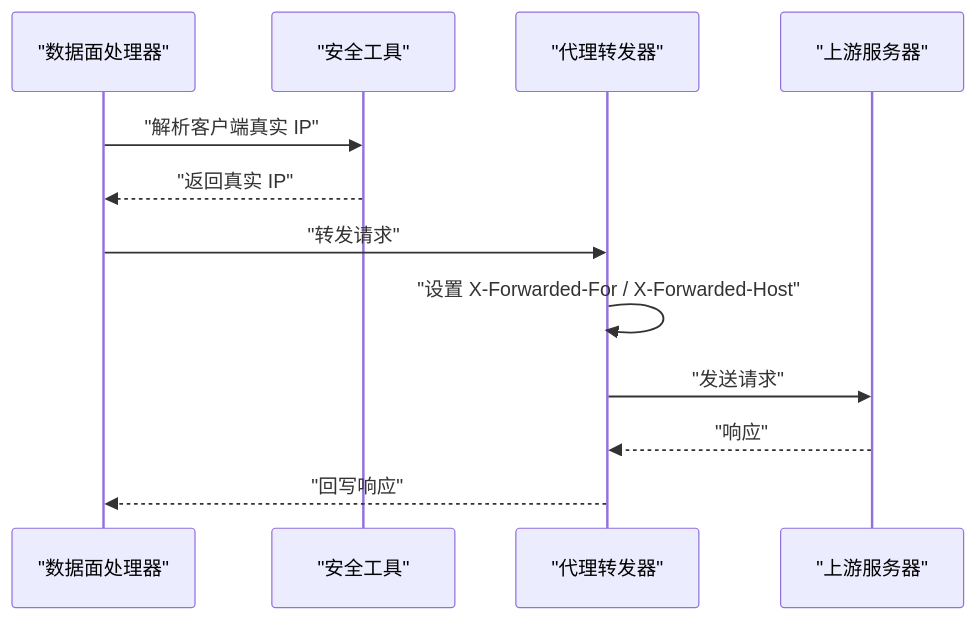
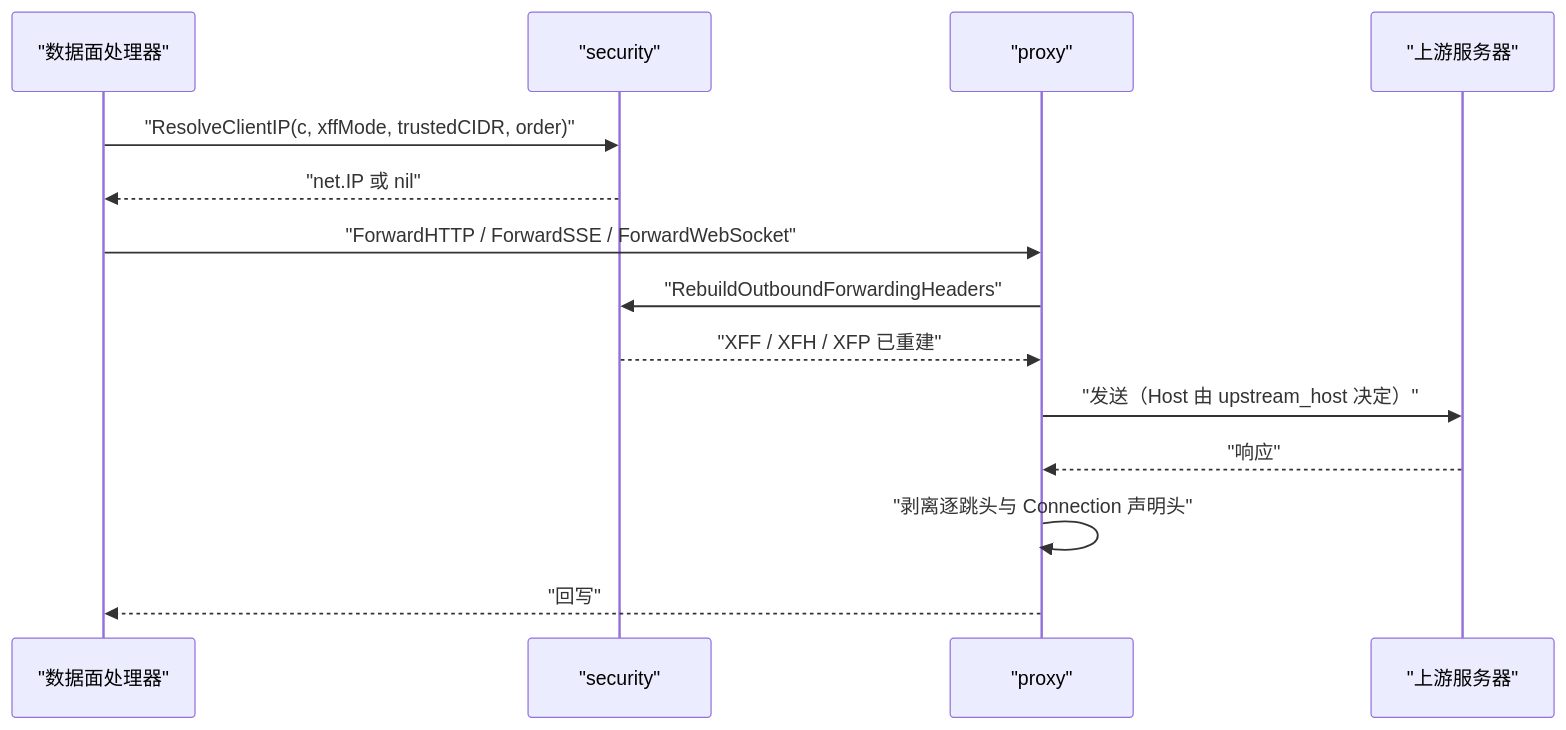
One commit to x01n/My-OpenWaf changed the fifth of 8 diagrams in docs/数据平面处理/上游代理配置.md. Above: the diagram before and after it, drawn with Mermaid. The commit also changed other lines of this file and 622 other files, not shown here.

````diff
--- a/docs/数据平面处理/上游代理配置.md
+++ b/docs/数据平面处理/上游代理配置.md
@@ -258,14 +350,16 @@
 ```mermaid
 sequenceDiagram
 participant DP as "数据面处理器"
-participant SEC as "安全工具"
-participant PR as "代理转发器"
+participant SEC as "security"
+participant PR as "proxy"
 participant UP as "上游服务器"
-DP->>SEC : "解析客户端真实 IP"
-SEC-->>DP : "返回真实 IP"
-DP->>PR : "转发请求"
-PR->>PR : "设置 X-Forwarded-For / X-Forwarded-Host"
-PR->>UP : "发送请求"
+DP->>SEC : "ResolveClientIP(c, xffMode, trustedCIDR, order)"
+SEC-->>DP : "net.IP 或 nil"
+DP->>PR : "ForwardHTTP / ForwardSSE / ForwardWebSocket"
+PR->>SEC : "RebuildOutboundForwardingHeaders"
+SEC-->>PR : "XFF / XFH / XFP 已重建"
+PR->>UP : "发送（Host 由 upstream_host 决定）"
 UP-->>PR : "响应"
-PR-->>DP : "回写响应"
+PR->>PR : "剥离逐跳头与 Connection 声明头"
+PR-->>DP : "回写"
 ```
````
